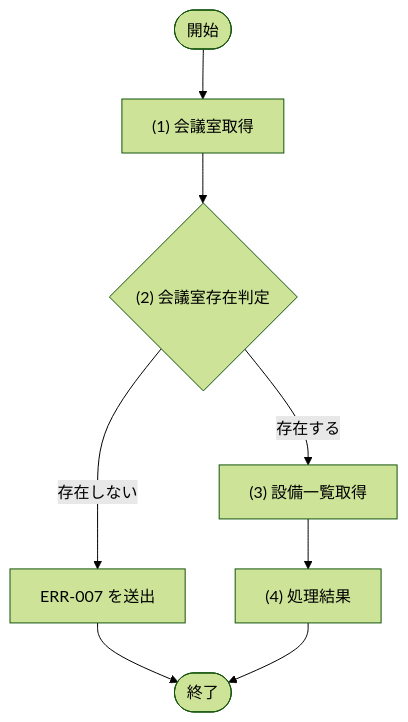
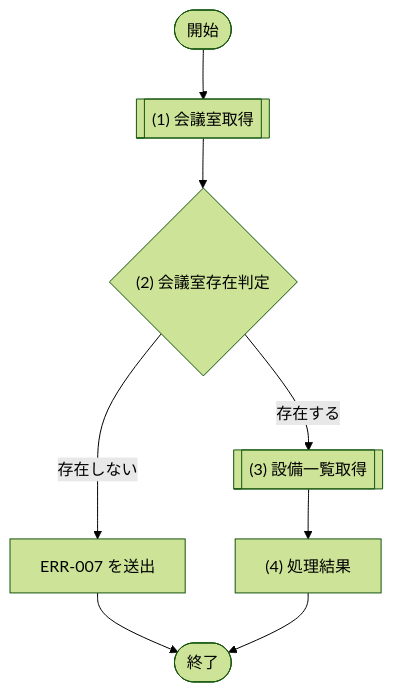
Before and after one commit to sikakou54/system-document-template: the second of 2 diagrams in docs/03_機能設計/05_モジュール設計/MOD-002_会議室検索サービス.md, drawn with Mermaid (forest theme). The commit also changed other lines of this file and 28 other files, not shown here.

````diff
--- a/docs/03_機能設計/05_モジュール設計/MOD-002_会議室検索サービス.md
+++ b/docs/03_機能設計/05_モジュール設計/MOD-002_会議室検索サービス.md
@@ -138,14 +138,14 @@
 ```mermaid
 flowchart TD
   Start([開始])
-  P1["(1) 会議室取得"]
+  P1[["(1) 会議室取得"]]
   D1{"(2) 会議室存在判定"}
-  P2["(3) 設備一覧取得"]
+  P2[["(3) 設備一覧取得"]]
   E1["ERR-007 を送出"]
   P4["(4) 処理結果"]
   End([終了])
 
   Start --> P1 --> D1
   D1 -- "存在しない" --> E1 --> End
   D1 -- "存在する" --> P2 --> P4 --> End
 ```
````
